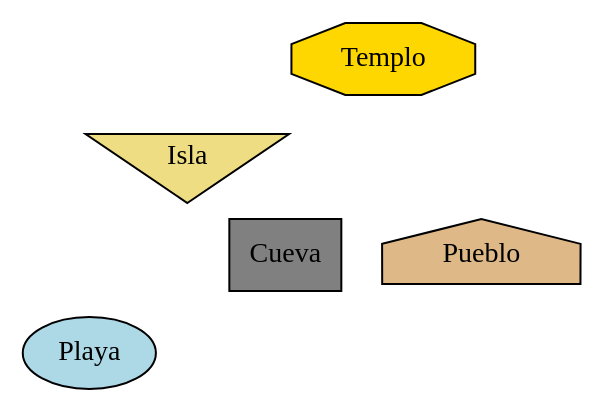
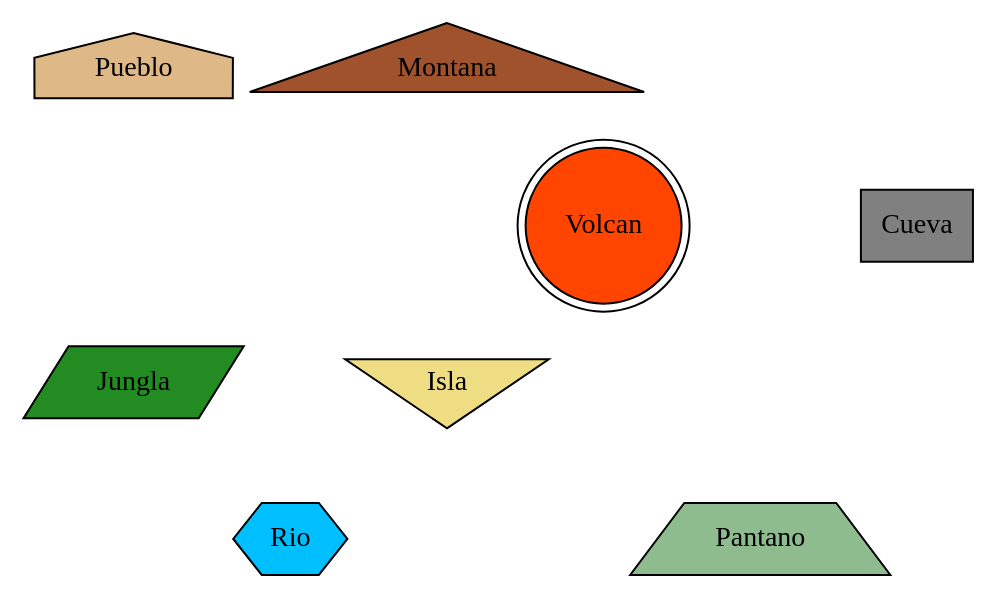
The diagram in Proyecto 2/archivo.dot (AlvaroCeballos/-LFP-202300673-), drawn with Graphviz before and after one commit. The commit also changed 8 other files, not shown here.

```diff
--- a/Proyecto 2/archivo.dot
+++ b/Proyecto 2/archivo.dot
@@ -1,4 +1,4 @@
 digraph G {
 node [style=filled fontname="Noto Color Emoji"];
 graph [layout=neato, splines=true, overlap=false];
-Playa[label="Playa", shape=ellipse, fillcolor= lightblue, pos="0,0!"];Pueblo[label="Pueblo", shape=house, fillcolor= burlywood, pos="4,1!"];Cueva[label="Cueva", shape=box, fillcolor= gray, pos="2,1!"];Isla[label="Isla", shape=invtriangle, fillcolor= lightgoldenrod, pos="1,2!"];Templo[label="Templo", shape=octagon, fillcolor= gold, pos="3,3!"];}
+Montana[label="Montana", shape=triangle, fillcolor= sienna, pos="2,3!"];Volcan[label="Volcan", shape=doublecircle, fillcolor= orangered, pos="3,2!"];Jungla[label="Jungla", shape=parallelogram, fillcolor= forestgreen, pos="0,1!"];Pueblo[label="Pueblo", shape=house, fillcolor= burlywood, pos="0,3!"];Pantano[label="Pantano", shape=trapezium, fillcolor= darkseagreen, pos="4,0!"];Cueva[label="Cueva", shape=box, fillcolor= gray, pos="5,2!"];Rio[label="Rio", shape=hexagon, fillcolor= deepskyblue, pos="1,0!"];Isla[label="Isla", shape=invtriangle, fillcolor= lightgoldenrod, pos="2,1!"];}
```
